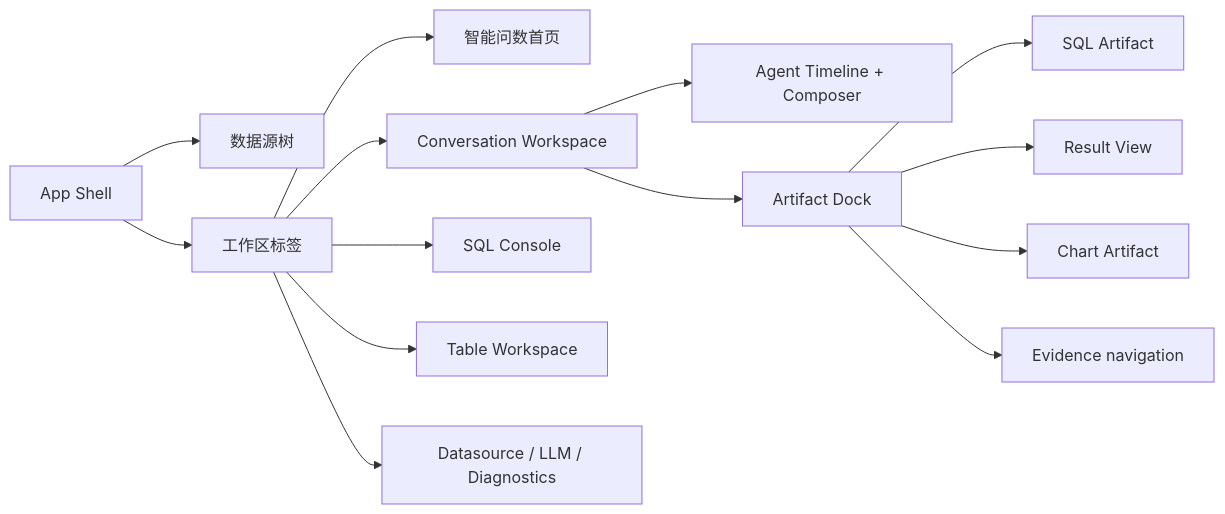
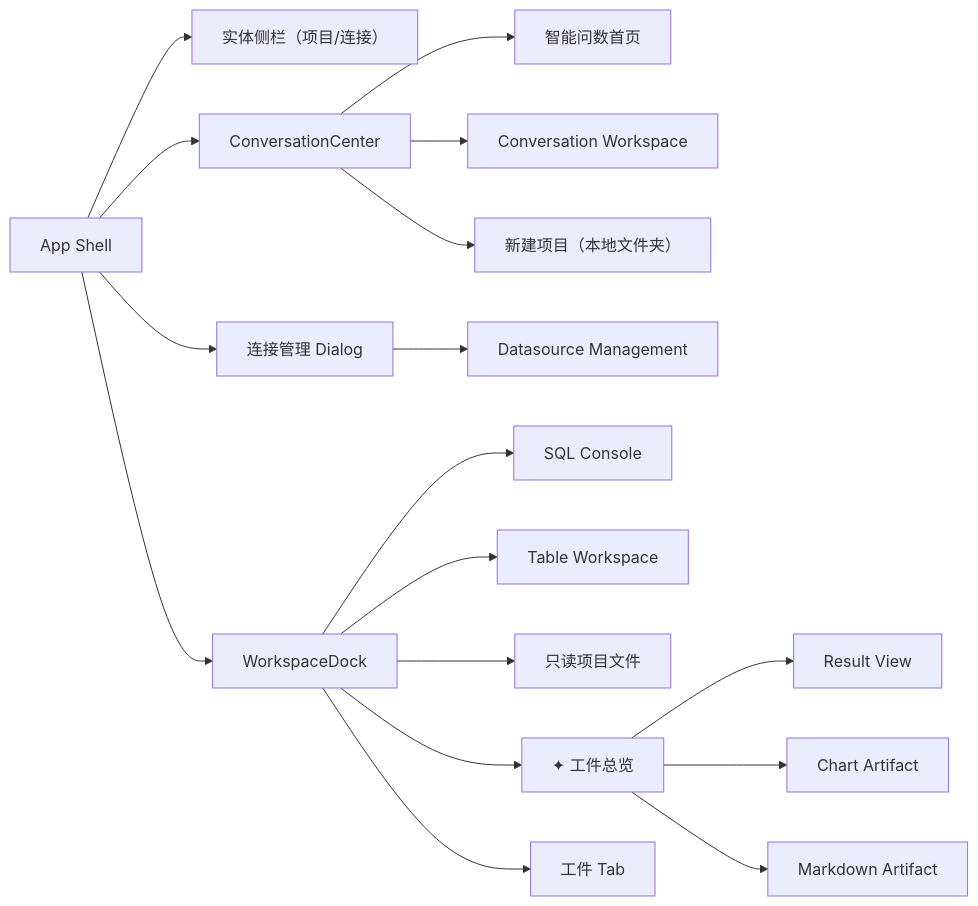
The second of 5 diagrams in docs/architecture/frontend.md (trrueee/DBFox), drawn with Mermaid before and after one commit. The commit also changed other lines of this file and 19 other files, not shown here.

First line of the commit message:
docs: record accepted architecture, reuse gates, and P2 cutover evidence

````diff
--- a/docs/architecture/frontend.md
+++ b/docs/architecture/frontend.md
@@ -78,17 +82,23 @@
 ```mermaid
 flowchart LR
-  APP["App Shell"] --> TREE["数据源树"]
-  APP --> TABBAR["工作区标签"]
-  TABBAR --> HOME["智能问数首页"]
-  TABBAR --> CONV["Conversation Workspace"]
-  TABBAR --> SQL["SQL Console"]
-  TABBAR --> TABLE["Table Workspace"]
-  TABBAR --> CONFIG["Datasource / LLM / Diagnostics"]
+  APP["App Shell"] --> TREE["实体侧栏（项目/连接）"]
+  APP --> CENTER["ConversationCenter"]
+  APP --> DOCK["WorkspaceDock"]
+  APP --> MODAL["连接管理 Dialog"]
 
-  CONV --> CENTER["Agent Timeline + Composer"]
-  CONV --> RIGHT["Artifact Dock"]
-  RIGHT --> SQLART["SQL Artifact"]
-  RIGHT --> RESULT["Result View"]
-  RIGHT --> CHART["Chart Artifact"]
-  RIGHT --> EVIDENCE["Evidence navigation"]
+  CENTER --> HOME["智能问数首页"]
+  CENTER --> CONV["Conversation Workspace"]
+  CENTER --> PROJECT["新建项目（本地文件夹）"]
+
+  MODAL --> DS["Datasource Management"]
+
+  DOCK --> SQL["SQL Console"]
+  DOCK --> TABLE["Table Workspace"]
+  DOCK --> FILE["只读项目文件"]
+  DOCK --> ARTIFACTS["✦ 工件总览"]
+  DOCK --> ARTIFACT["工件 Tab"]
+
+  ARTIFACTS --> RESULT["Result View"]
+  ARTIFACTS --> CHART["Chart Artifact"]
+  ARTIFACTS --> NOTE["Markdown Artifact"]
 ```
````
